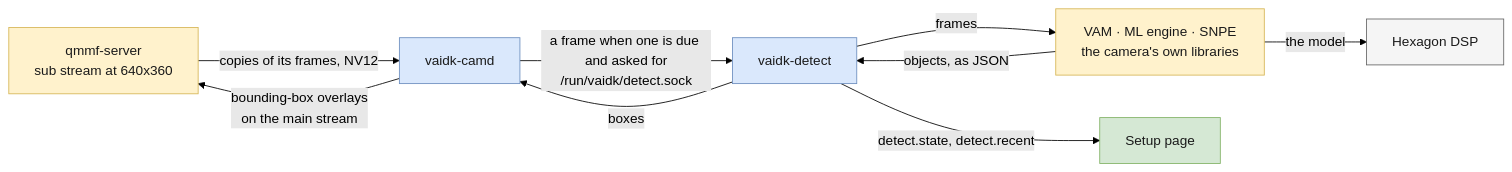
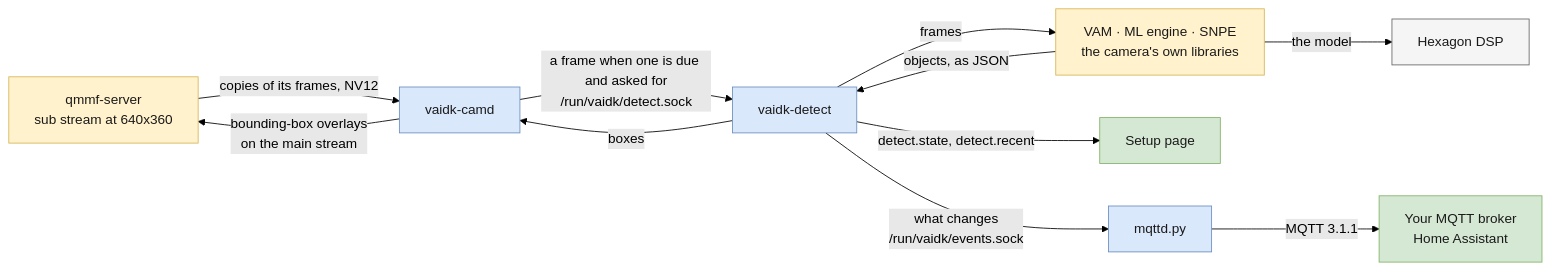
Before and after one commit to howardginsburg/VisionAIDevKitRTSP: the fifth of 10 diagrams in ARCHITECTURE.md, drawn with Mermaid (forest theme). The commit also changed other lines of this file and 16 other files, not shown here.

````diff
--- a/ARCHITECTURE.md
+++ b/ARCHITECTURE.md
@@ -202,19 +203,21 @@
 ```mermaid
 flowchart LR
     qmmf["qmmf-server<br/>sub stream at 640x360"] -- "copies of its frames, NV12" --> camd["vaidk-camd"]
     camd -- "a frame when one is due and asked for<br/>/run/vaidk/detect.sock" --> detect["vaidk-detect"]
     detect -- "frames" --> vam["VAM · ML engine · SNPE<br/>the camera's own libraries"]
     vam -- "the model" --> dsp["Hexagon DSP"]
     vam -- "objects, as JSON" --> detect
     detect -- "boxes" --> camd
     camd -- "bounding-box overlays<br/>on the main stream" --> qmmf
     detect -- "detect.state, detect.recent" --> page["Setup page"]
+    detect -- "what changes<br/>/run/vaidk/events.sock" --> mqttd["mqttd.py"]
+    mqttd -- "MQTT 3.1.1" --> broker["Your MQTT broker<br/>Home Assistant"]
     classDef use fill:#d5e8d4,stroke:#82b366,color:#1a1a1a
     classDef mod fill:#dae8fc,stroke:#6c8ebf,color:#1a1a1a
     classDef os fill:#fff2cc,stroke:#d6b656,color:#1a1a1a
     classDef hard fill:#f5f5f5,stroke:#666666,color:#1a1a1a
-    class page use
-    class camd,detect mod
+    class page,broker use
+    class camd,detect,mqttd mod
     class qmmf,vam os
     class dsp hard
 ```
````
